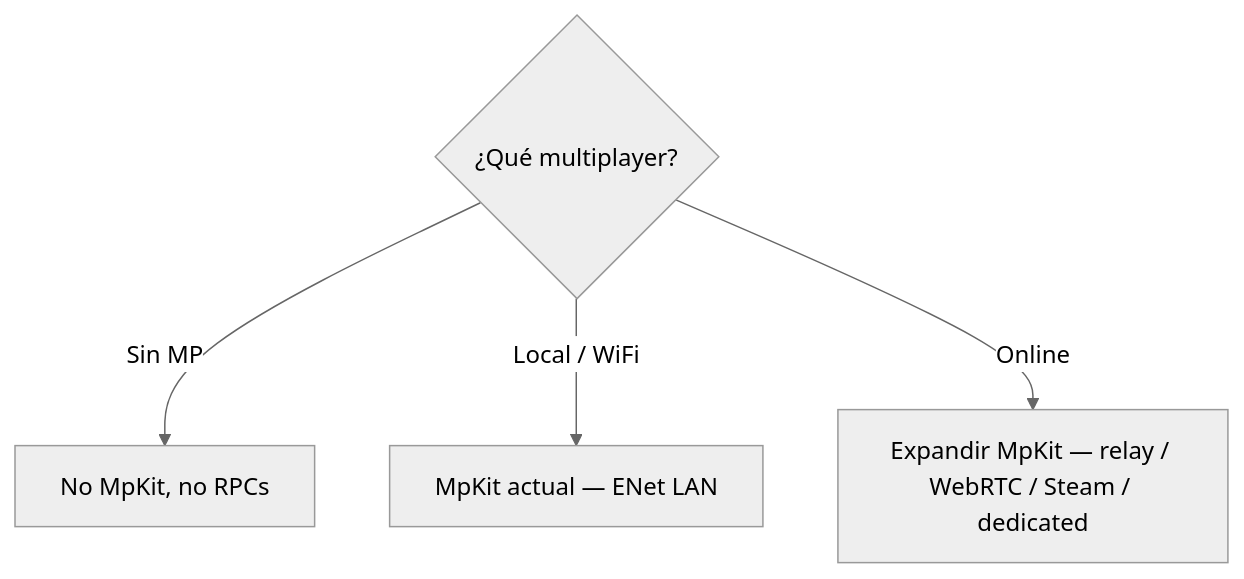
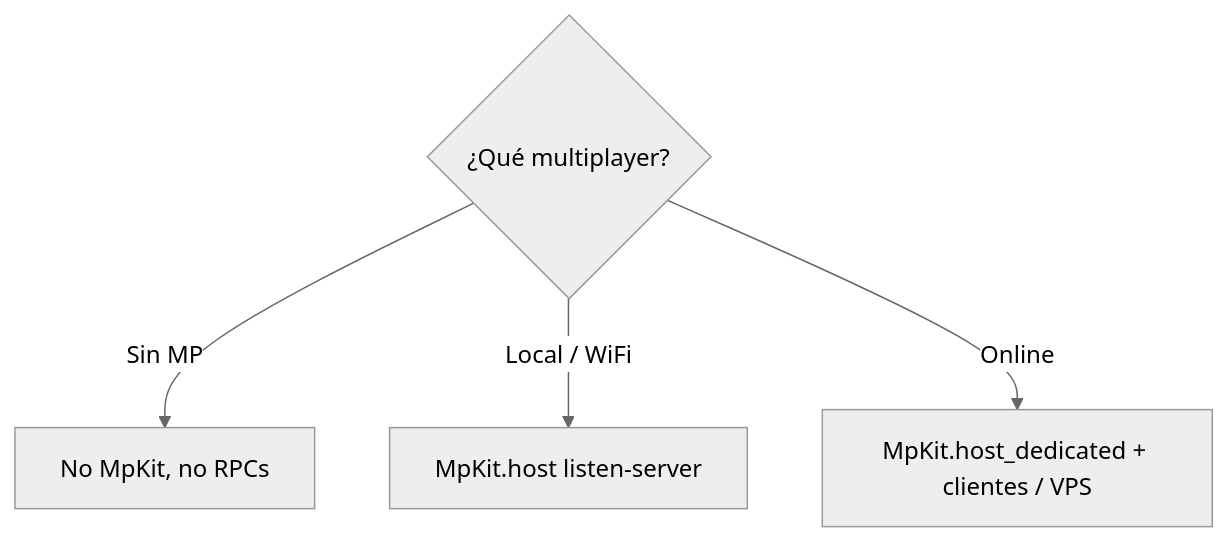
One commit to Joelnicolass/godot-studio-skills changed the third of 4 diagrams in README.md. Above: the diagram before and after it, drawn with Mermaid (neutral theme). The commit also changed other lines of this file and 116 other files, not shown here.

````diff
--- a/README.md
+++ b/README.md
@@ -115,8 +115,8 @@
 ```mermaid
 flowchart TB
   mp{¿Qué multiplayer?}
 
   mp -->|Sin MP| none[No MpKit, no RPCs]
-  mp -->|Local / WiFi| lan[MpKit actual — ENet LAN]
-  mp -->|Online| net[Expandir MpKit — relay / WebRTC / Steam / dedicated]
+  mp -->|Local / WiFi| lan[MpKit.host listen-server]
+  mp -->|Online| net[MpKit.host_dedicated + clientes / VPS]
 ```
````
